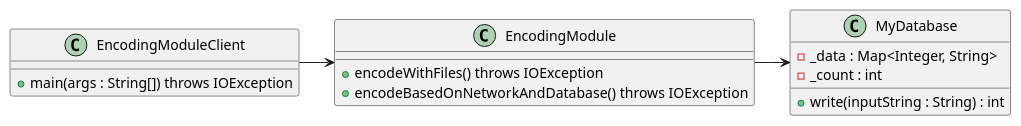
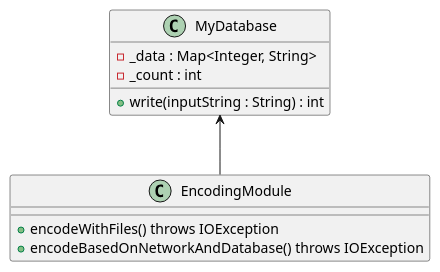
One commit to MedAzizKhayati/SOLID changed the diagram in DIP/src/com/directi/training/dip/exercise/uml.wsd. Above: the diagram before and after it, drawn with PlantUML. The commit also changed 12 other files, not shown here.

```diff
--- a/DIP/src/com/directi/training/dip/exercise/uml.wsd
+++ b/DIP/src/com/directi/training/dip/exercise/uml.wsd
@@ -1,19 +1,14 @@
 @startuml dip
 class EncodingModule {
   +encodeWithFiles() throws IOException
   +encodeBasedOnNetworkAndDatabase() throws IOException
 }
 
 class MyDatabase {
   -_data : Map<Integer, String>
   -_count : int
   +write(inputString : String) : int
 }
 
-class EncodingModuleClient {
-  +main(args : String[]) throws IOException
-}
-
-EncodingModuleClient -> EncodingModule
-EncodingModule -> MyDatabase
+MyDatabase <-- EncodingModule
 @enduml
```
